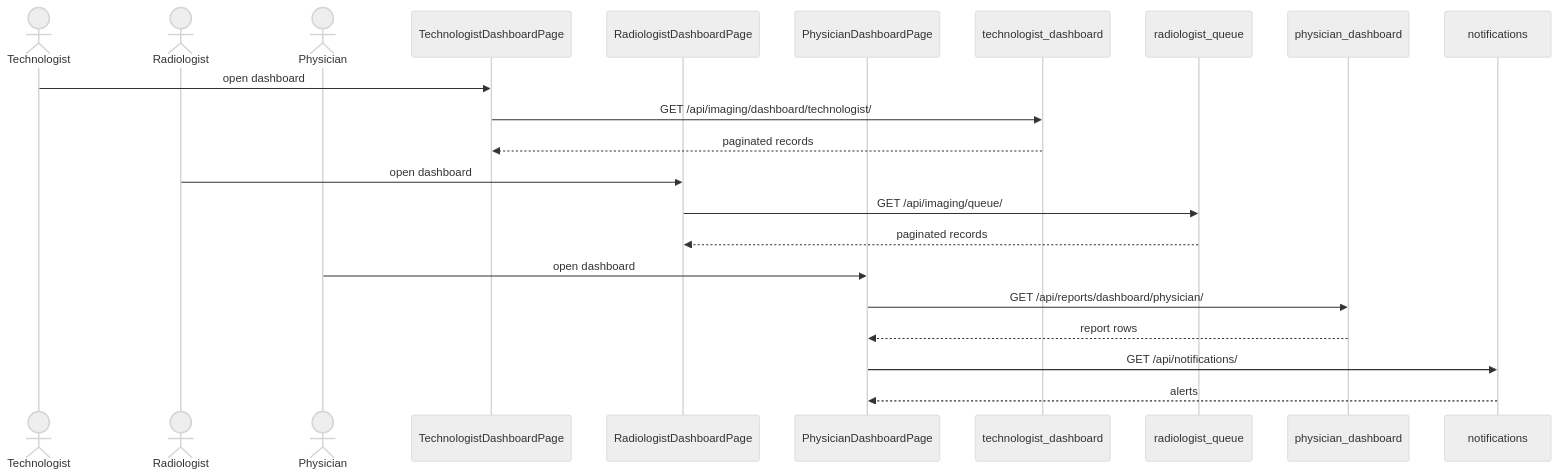
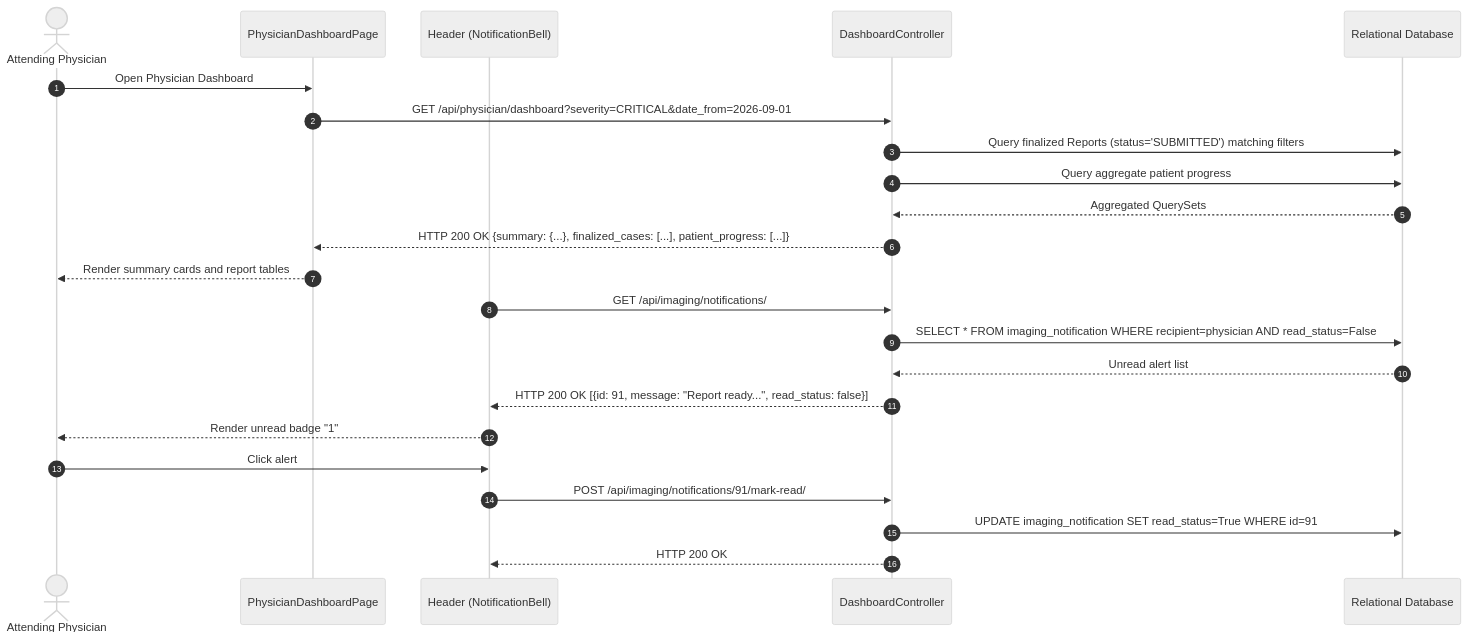
One commit to DymNomZ/TBXR changed the diagram in documentation/sequence diagrams/4.2_Sequence Diagram.md. Above: the diagram before and after it, drawn with Mermaid (neutral theme). The commit also changed 80 other files, not shown here.

````diff
--- a/documentation/sequence diagrams/4.2_Sequence Diagram.md
+++ b/documentation/sequence diagrams/4.2_Sequence Diagram.md
@@ -1,27 +1,27 @@
 ```mermaid
 sequenceDiagram
-    actor Technologist
-    actor Radiologist
-    actor Physician
-    participant TechPage as TechnologistDashboardPage
-    participant RadPage as RadiologistDashboardPage
-    participant PhysPage as PhysicianDashboardPage
-    participant TechAPI as technologist_dashboard
-    participant RadAPI as radiologist_queue
-    participant PhysAPI as physician_dashboard
-    participant NotifyAPI as notifications
+    autonumber
+    actor Phys as Attending Physician
+    participant Page as PhysicianDashboardPage
+    participant Header as Header (NotificationBell)
+    participant View as DashboardController
+    participant DB as Relational Database
 
-    Technologist->>TechPage: open dashboard
-    TechPage->>TechAPI: GET /api/imaging/dashboard/technologist/
-    TechAPI-->>TechPage: paginated records
+    Phys->>Page: Open Physician Dashboard
+    Page->>View: GET /api/physician/dashboard?severity=CRITICAL&date_from=2026-09-01
+    View->>DB: Query finalized Reports (status='SUBMITTED') matching filters
+    View->>DB: Query aggregate patient progress
+    DB-->>View: Aggregated QuerySets
+    View-->>Page: HTTP 200 OK {summary: {...}, finalized_cases: [...], patient_progress: [...]}
+    Page-->>Phys: Render summary cards and report tables
 
-    Radiologist->>RadPage: open dashboard
-    RadPage->>RadAPI: GET /api/imaging/queue/
-    RadAPI-->>RadPage: paginated records
-
-    Physician->>PhysPage: open dashboard
-    PhysPage->>PhysAPI: GET /api/reports/dashboard/physician/
-    PhysAPI-->>PhysPage: report rows
-    PhysPage->>NotifyAPI: GET /api/notifications/
-    NotifyAPI-->>PhysPage: alerts
+    Header->>View: GET /api/imaging/notifications/
+    View->>DB: SELECT * FROM imaging_notification WHERE recipient=physician AND read_status=False
+    DB-->>View: Unread alert list
+    View-->>Header: HTTP 200 OK [{id: 91, message: "Report ready...", read_status: false}]
+    Header-->>Phys: Render unread badge "1"
+    Phys->>Header: Click alert #91 -> POST /api/imaging/notifications/91/mark-read/
+    Header->>View: POST /api/imaging/notifications/91/mark-read/
+    View->>DB: UPDATE imaging_notification SET read_status=True WHERE id=91
+    View-->>Header: HTTP 200 OK
 ```
````
